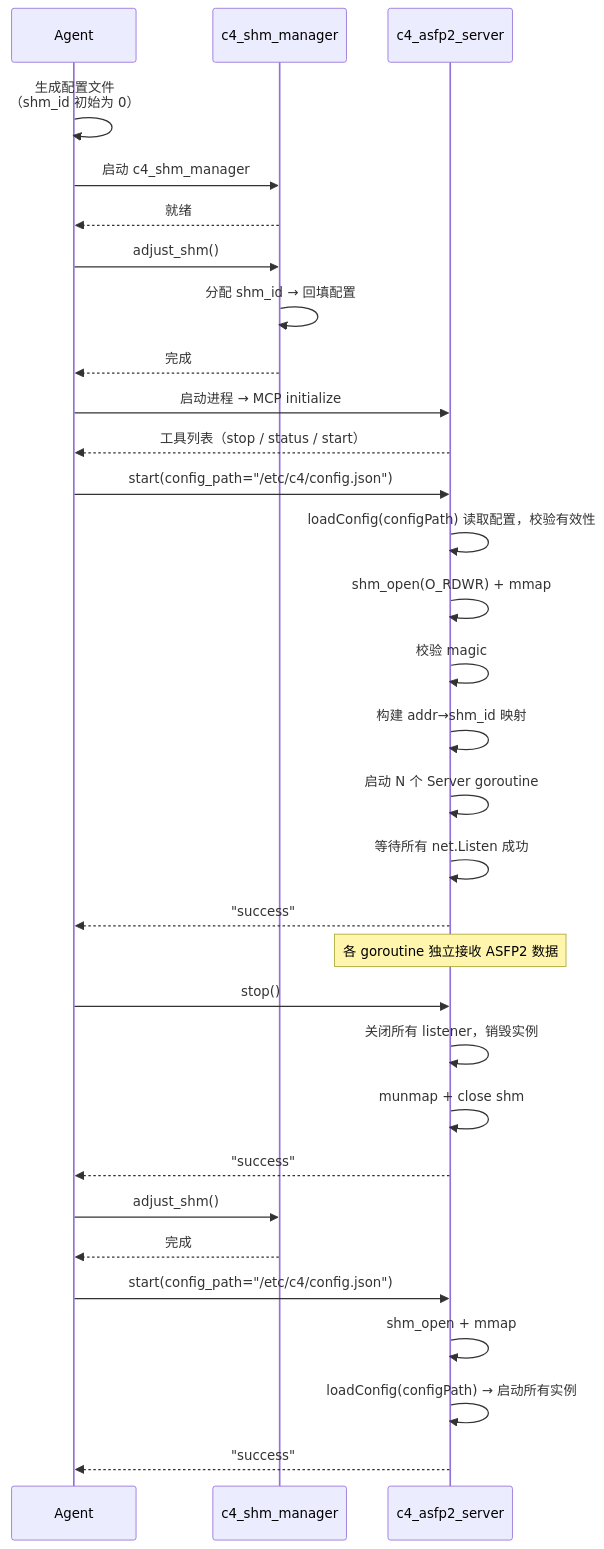
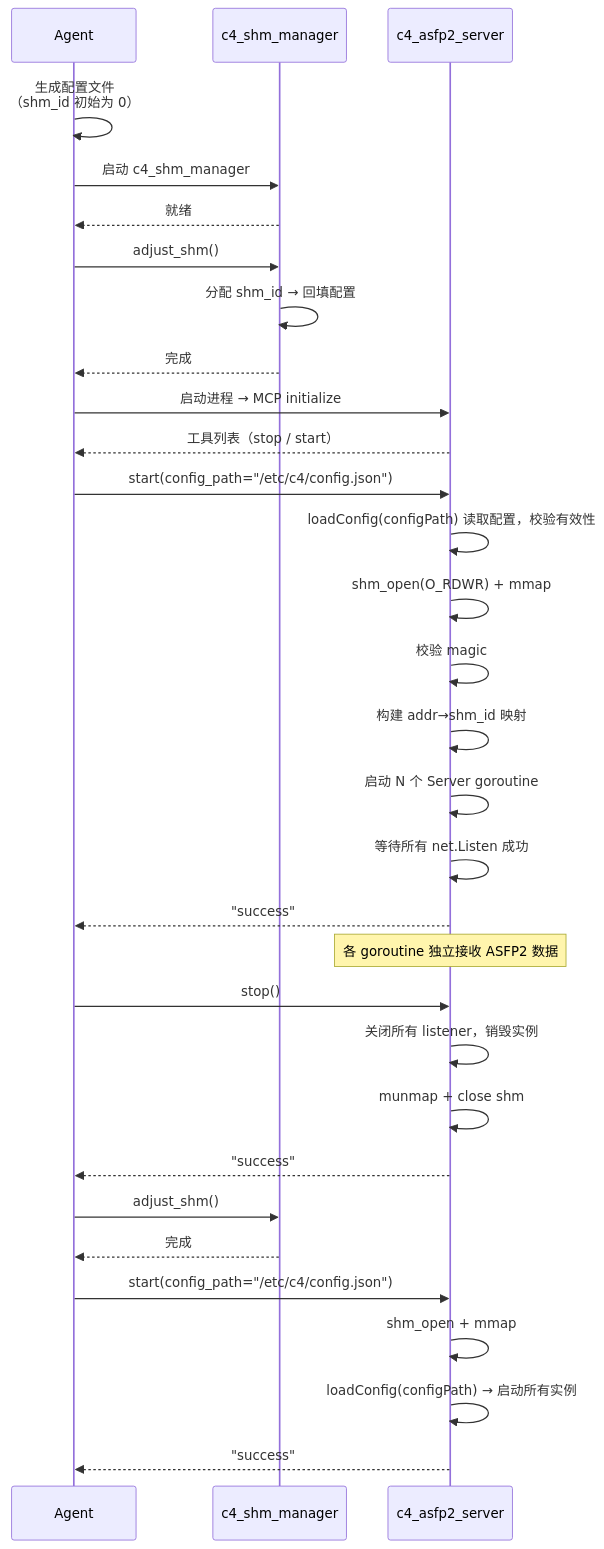
One commit to activesys/c4 changed the second of 3 diagrams in docs/design/c4_asfp2_server.md. Above: the diagram before and after it, drawn with Mermaid. The commit also changed other lines of this file and 8 other files, not shown here.

````diff
--- a/docs/design/c4_asfp2_server.md
+++ b/docs/design/c4_asfp2_server.md
@@ -203,38 +203,38 @@
 ```mermaid
 sequenceDiagram
     participant A as Agent
     participant SM as c4_shm_manager
     participant S as c4_asfp2_server
 
     A->>A: 生成配置文件<br/>（shm_id 初始为 0）
     A->>SM: 启动 c4_shm_manager
     SM-->>A: 就绪
     A->>SM: adjust_shm()
     SM->>SM: 分配 shm_id → 回填配置
     SM-->>A: 完成
 
     A->>S: 启动进程 → MCP initialize
-    S-->>A: 工具列表（stop / status / start）
+    S-->>A: 工具列表（stop / start）
 
     A->>S: start(config_path="/etc/c4/config.json")
     S->>S: loadConfig(configPath) 读取配置，校验有效性
     S->>S: shm_open(O_RDWR) + mmap
     S->>S: 校验 magic
     S->>S: 构建 addr→shm_id 映射
     S->>S: 启动 N 个 Server goroutine
     S->>S: 等待所有 net.Listen 成功
     S-->>A: "success"
 
     Note over S: 各 goroutine 独立接收 ASFP2 数据
 
     A->>S: stop()
     S->>S: 关闭所有 listener，销毁实例
     S->>S: munmap + close shm
     S-->>A: "success"
     A->>SM: adjust_shm()
     SM-->>A: 完成
     A->>S: start(config_path="/etc/c4/config.json")
     S->>S: shm_open + mmap
     S->>S: loadConfig(configPath) → 启动所有实例
     S-->>A: "success"
 ```
````
